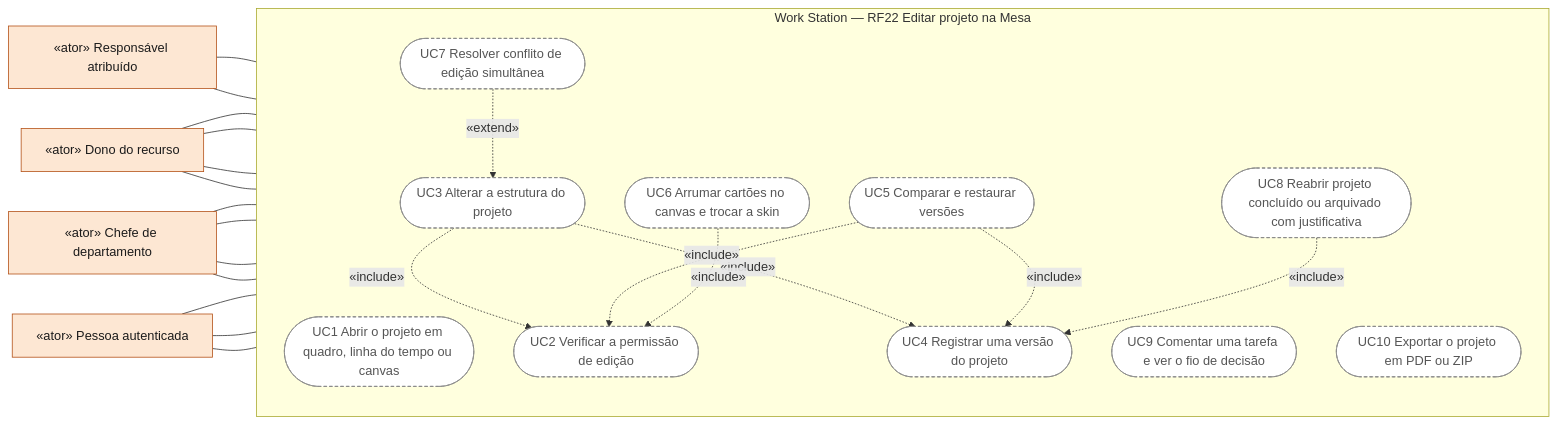
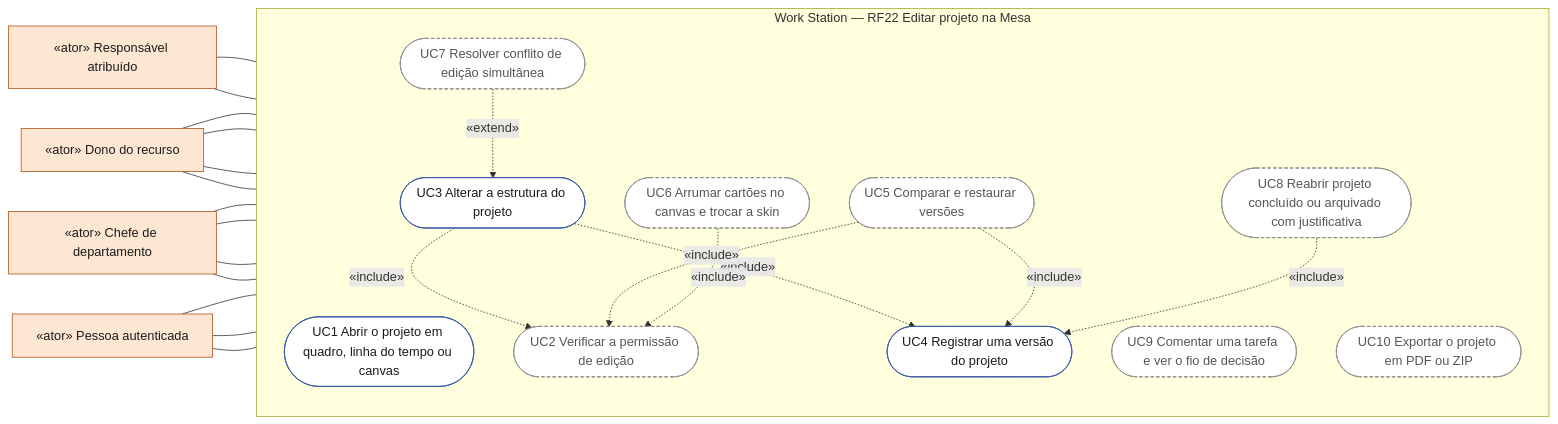
Before and after one commit to MatheusHaliski/Decia-app-2026: the first of 6 diagrams in docs/diagramas/RF22/README.md, drawn with Mermaid. The commit also changed other lines of this file and 24 other files, not shown here.

````diff
--- a/docs/diagramas/RF22/README.md
+++ b/docs/diagramas/RF22/README.md
@@ -18,44 +41,44 @@
 ```mermaid
 flowchart LR
   classDef ator fill:#fde7d3,stroke:#b4531a,color:#1b1b1b
   classDef atorSis fill:#f1ecf9,stroke:#6a4bb3,color:#1b1b1b
   classDef uc fill:#ffffff,stroke:#3557a6,color:#1b1b1b
   classDef ucPlan fill:#ffffff,stroke:#8a8a8a,stroke-dasharray:4 3,color:#555555
   autenticado["«ator» Pessoa autenticada"]:::ator
   dono["«ator» Dono do recurso"]:::ator
   responsavel["«ator» Responsável atribuído"]:::ator
   chefe["«ator» Chefe de departamento"]:::ator
   subgraph SIS["Work Station — RF22 Editar projeto na Mesa"]
     direction TB
-    UC1(["UC1 Abrir o projeto em quadro, linha do tempo ou canvas"]):::ucPlan
+    UC1(["UC1 Abrir o projeto em quadro, linha do tempo ou canvas"]):::uc
     UC2(["UC2 Verificar a permissão de edição"]):::ucPlan
-    UC3(["UC3 Alterar a estrutura do projeto"]):::ucPlan
-    UC4(["UC4 Registrar uma versão do projeto"]):::ucPlan
+    UC3(["UC3 Alterar a estrutura do projeto"]):::uc
+    UC4(["UC4 Registrar uma versão do projeto"]):::uc
     UC5(["UC5 Comparar e restaurar versões"]):::ucPlan
     UC6(["UC6 Arrumar cartões no canvas e trocar a skin"]):::ucPlan
     UC7(["UC7 Resolver conflito de edição simultânea"]):::ucPlan
     UC8(["UC8 Reabrir projeto concluído ou arquivado com justificativa"]):::ucPlan
     UC9(["UC9 Comentar uma tarefa e ver o fio de decisão"]):::ucPlan
     UC10(["UC10 Exportar o projeto em PDF ou ZIP"]):::ucPlan
   end
   autenticado --- UC1
   dono --- UC3
   responsavel --- UC3
   chefe --- UC3
   dono --- UC5
   chefe --- UC5
   dono --- UC6
   responsavel --- UC6
   chefe --- UC6
   dono --- UC8
   chefe --- UC8
   autenticado --- UC9
   autenticado --- UC10
   UC3 -. "«include»" .-> UC2
   UC3 -. "«include»" .-> UC4
   UC5 -. "«include»" .-> UC2
   UC5 -. "«include»" .-> UC4
   UC6 -. "«include»" .-> UC2
   UC7 -. "«extend»" .-> UC3
   UC8 -. "«include»" .-> UC4
 ```
````
